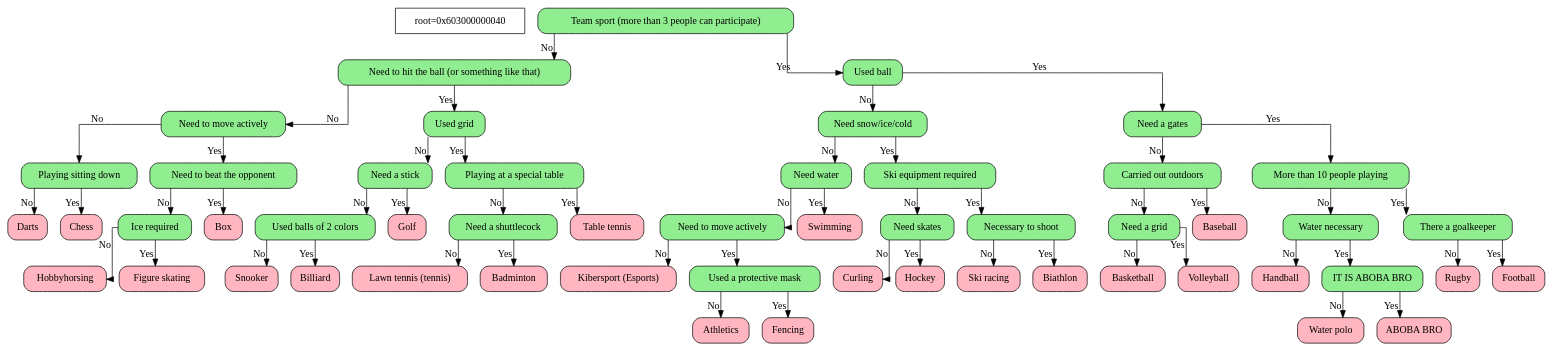
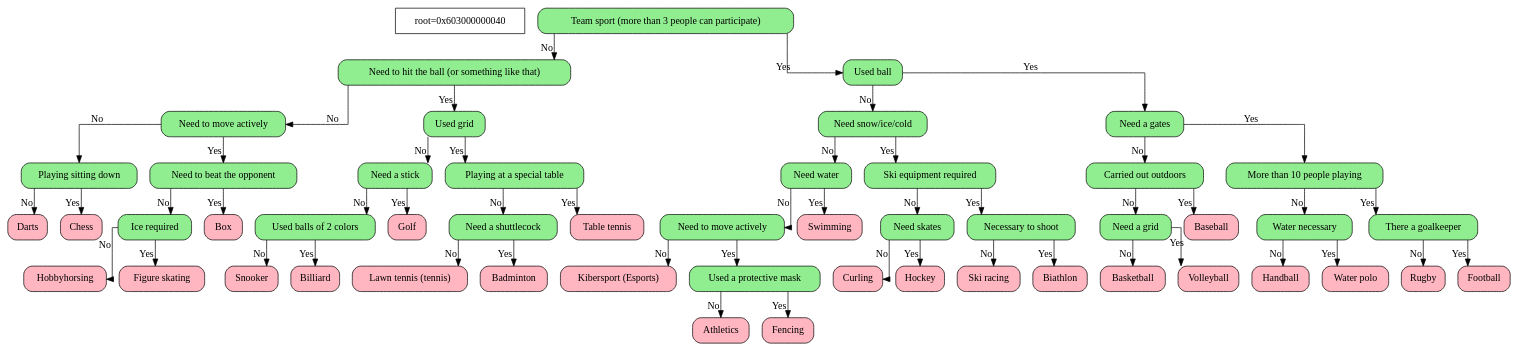
Before and after one commit to Yan103/Akinator: the diagram in DumpFiles/dump.dot, drawn with Graphviz. The commit also changed 8 other files, not shown here.

```diff
--- a/DumpFiles/dump.dot
+++ b/DumpFiles/dump.dot
@@ -143,14 +143,8 @@
 	node0x6030000008e0[shape=Mrecord,style="rounded,filled",fillcolor="lightpink",label="{ Handball }"]
 	node0x6030000008b0[shape=Mrecord,style="rounded,filled",fillcolor="lightgreen",label="{ Water necessary }"]
 	node0x6030000008b0->node0x603000000910[xlabel="Yes"]
-	node0x603000000910[shape=Mrecord,style="rounded,filled",fillcolor="lightgreen",label="{ IT IS ABOBA BRO }"]
-	node0x603000000910->node0x6030000009d0[xlabel="No"]
-	node0x6030000009d0[shape=Mrecord,style="rounded,filled",fillcolor="lightpink",label="{ Water polo }"]
-	node0x6030000009d0[shape=Mrecord,style="rounded,filled",fillcolor="lightpink",label="{ Water polo }"]
-	node0x603000000910[shape=Mrecord,style="rounded,filled",fillcolor="lightgreen",label="{ IT IS ABOBA BRO }"]
-	node0x603000000910->node0x603000000a00[xlabel="Yes"]
-	node0x603000000a00[shape=Mrecord,style="rounded,filled",fillcolor="lightpink",label="{ ABOBA BRO }"]
-	node0x603000000a00[shape=Mrecord,style="rounded,filled",fillcolor="lightpink",label="{ ABOBA BRO }"]
+	node0x603000000910[shape=Mrecord,style="rounded,filled",fillcolor="lightpink",label="{ Water polo }"]
+	node0x603000000910[shape=Mrecord,style="rounded,filled",fillcolor="lightpink",label="{ Water polo }"]
 	node0x603000000880[shape=Mrecord,style="rounded,filled",fillcolor="lightgreen",label="{ More than 10 people playing }"]
 	node0x603000000880->node0x603000000940[xlabel="Yes"]
 	node0x603000000940[shape=Mrecord,style="rounded,filled",fillcolor="lightgreen",label="{ There a goalkeeper }"]
```
